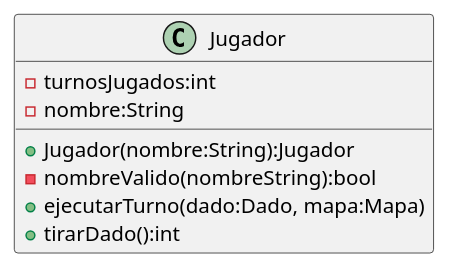
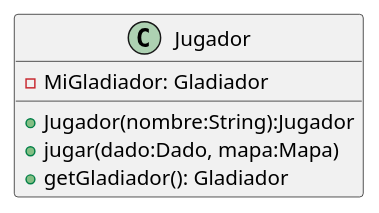
One commit to mcumskov/Algo3_tp2 changed the diagram in diagrams/clases/clase_jugador.plantuml. Above: the diagram before and after it, drawn with PlantUML. The commit also changed 32 other files, not shown here.

Commit message:
refactor casilla, actualizacion de los diagramas de clases

```diff
--- a/diagrams/clases/clase_jugador.plantuml
+++ b/diagrams/clases/clase_jugador.plantuml
@@ -1,10 +1,9 @@
 @startuml
     class Jugador {
-        - turnosJugados:int
-        - nombre:String
+        - MiGladiador: Gladiador
         + Jugador(nombre:String):Jugador
-        - nombreValido(nombreString):bool
-        + ejecutarTurno(dado:Dado, mapa:Mapa)
-        + tirarDado():int
+        + jugar(dado:Dado, mapa:Mapa)
+        + getGladiador(): Gladiador
+
     }
 @enduml
```
